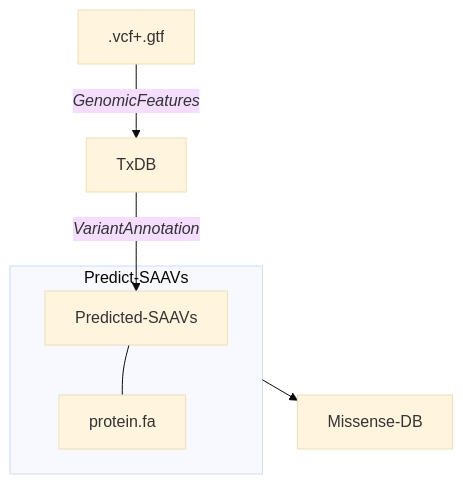
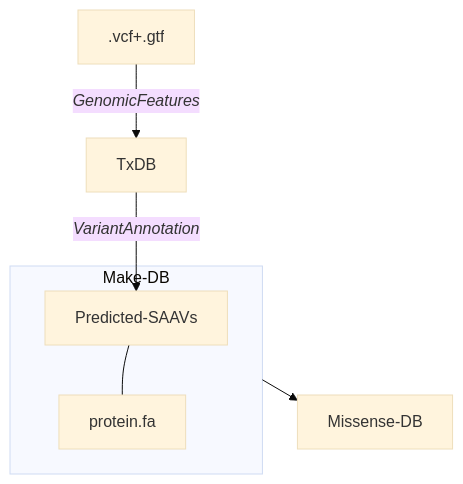
One commit to hdesai17/chemoproteogenomics changed the diagram in README.md. Above: the diagram before and after it, drawn with Mermaid (base theme).

````diff
--- a/README.md
+++ b/README.md
@@ -19,10 +19,10 @@
 ```mermaid
 
 flowchart TB;
    .vcf+.gtf-->|<i>GenomicFeatures<i>|TxDB
    TxDB-->|<i>VariantAnnotation<i>|Predicted-SAAVs
-   subgraph Predict-SAAVs
+   subgraph Make-DB
    Predicted-SAAVs---protein.fa
    end
-   Predict-SAAVs-->Missense-DB;
+   Make-DB-->Missense-DB;
 ```
````
